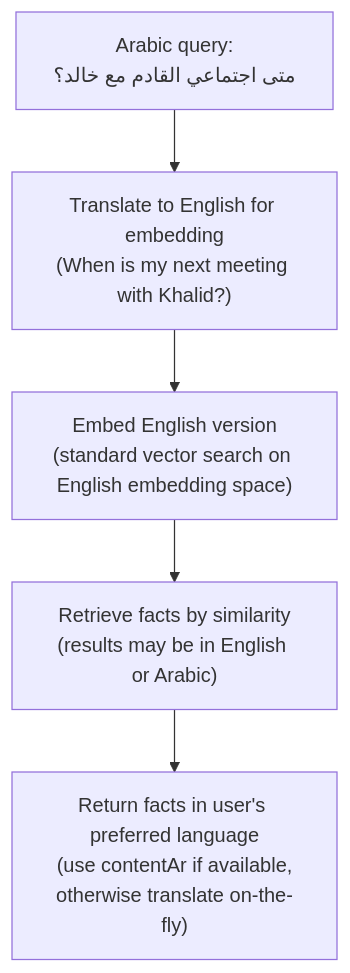
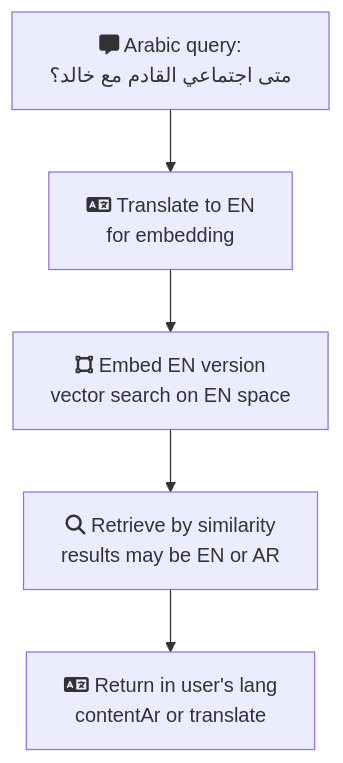
One commit to alilibx/ecqo changed the fifth of 7 diagrams in docs/flows/memory-pipeline.md. Above: the diagram before and after it, drawn with Mermaid. The commit also changed other lines of this file and 23 other files, not shown here.

````diff
--- a/docs/flows/memory-pipeline.md
+++ b/docs/flows/memory-pipeline.md
@@ -160,10 +170,10 @@
 ```mermaid
 flowchart TD
-    Q["Arabic query:<br/>متى اجتماعي القادم مع خالد؟"]
-    T["Translate to English for embedding<br/>(When is my next meeting with Khalid?)"]
-    E["Embed English version<br/>(standard vector search on English embedding space)"]
-    R["Retrieve facts by similarity<br/>(results may be in English or Arabic)"]
-    L["Return facts in user's preferred language<br/>(use contentAr if available,<br/>otherwise translate on-the-fly)"]
+    Q["fa:fa-message Arabic query:<br/>متى اجتماعي القادم مع خالد؟"]
+    T["fa:fa-language Translate to EN<br/>for embedding"]
+    E["fa:fa-vector-square Embed EN version<br/>vector search on EN space"]
+    R["fa:fa-magnifying-glass Retrieve by similarity<br/>results may be EN or AR"]
+    L["fa:fa-language Return in user's lang<br/>contentAr or translate"]
 
     Q --> T --> E --> R --> L
 ```
````
